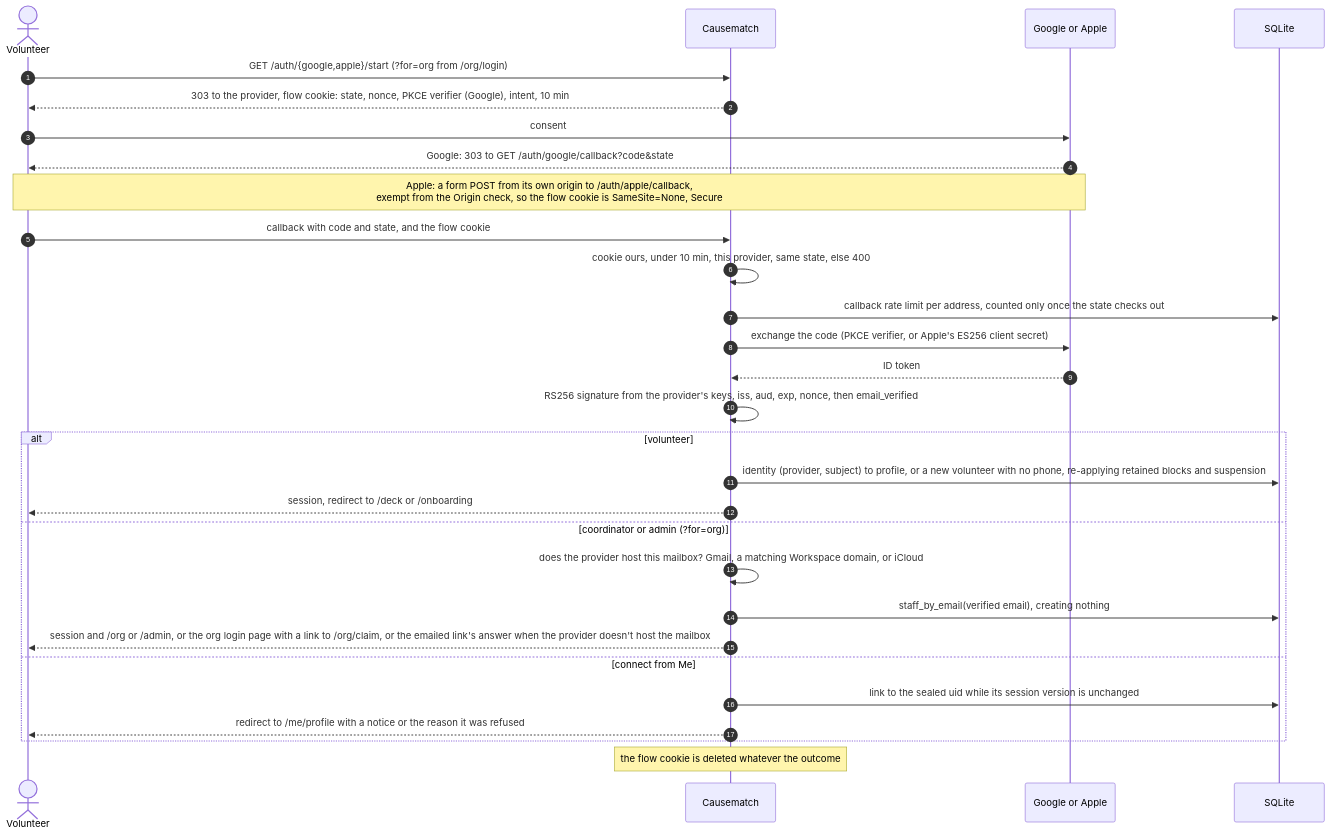
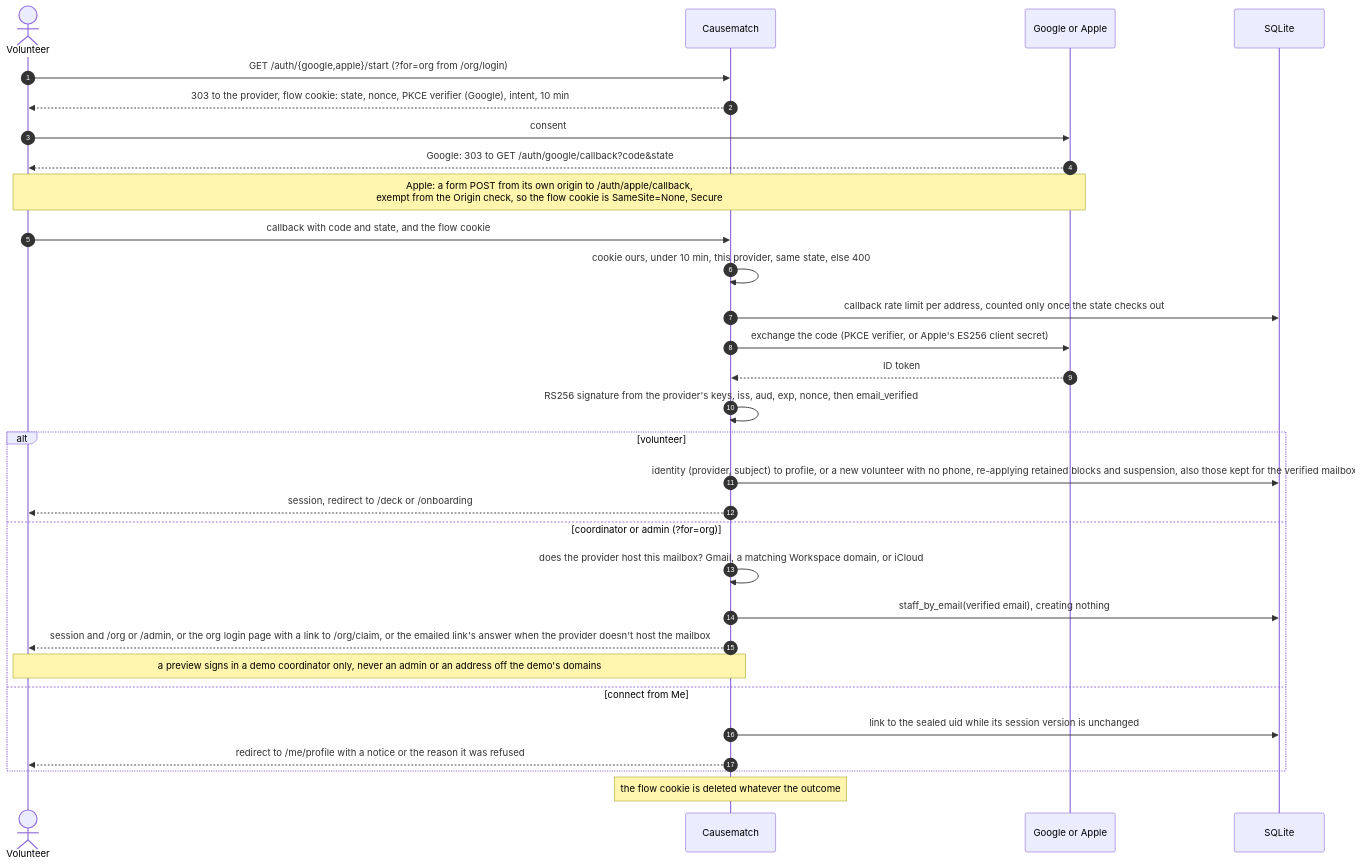
Before and after one commit to slegroux/causematch: diagram 17 of 26 in docs/ARCHITECTURE.md, drawn with Mermaid. The commit also changed other lines of this file, not shown here.

First line of the commit message:
Architecture doc: up to date with main through #39

````diff
--- a/docs/ARCHITECTURE.md
+++ b/docs/ARCHITECTURE.md
@@ -999,32 +1032,33 @@
 ```mermaid
 sequenceDiagram
     autonumber
     actor V as Volunteer
     participant A as Causematch
     participant P as Google or Apple
     participant DB as SQLite
 
     V->>A: GET /auth/{google,apple}/start (?for=org from /org/login)
     A-->>V: 303 to the provider, flow cookie: state, nonce, PKCE verifier (Google), intent, 10 min
     V->>P: consent
     P-->>V: Google: 303 to GET /auth/google/callback?code&state
     Note over P,V: Apple: a form POST from its own origin to /auth/apple/callback,<br/>exempt from the Origin check, so the flow cookie is SameSite=None, Secure
     V->>A: callback with code and state, and the flow cookie
     A->>A: cookie ours, under 10 min, this provider, same state, else 400
     A->>DB: callback rate limit per address, counted only once the state checks out
     A->>P: exchange the code (PKCE verifier, or Apple's ES256 client secret)
     P-->>A: ID token
     A->>A: RS256 signature from the provider's keys, iss, aud, exp, nonce, then email_verified
     alt volunteer
-        A->>DB: identity (provider, subject) to profile, or a new volunteer with no phone, re-applying retained blocks and suspension
+        A->>DB: identity (provider, subject) to profile, or a new volunteer with no phone, re-applying retained blocks and suspension, also those kept for the verified mailbox
         A-->>V: session, redirect to /deck or /onboarding
     else coordinator or admin (?for=org)
         A->>A: does the provider host this mailbox? Gmail, a matching Workspace domain, or iCloud
         A->>DB: staff_by_email(verified email), creating nothing
         A-->>V: session and /org or /admin, or the org login page with a link to /org/claim, or the emailed link's answer when the provider doesn't host the mailbox
+        Note over A,V: a preview signs in a demo coordinator only, never an admin or an address off the demo's domains
     else connect from Me
         A->>DB: link to the sealed uid while its session version is unchanged
         A-->>V: redirect to /me/profile with a notice or the reason it was refused
     end
     Note over A: the flow cookie is deleted whatever the outcome
 ```
````
